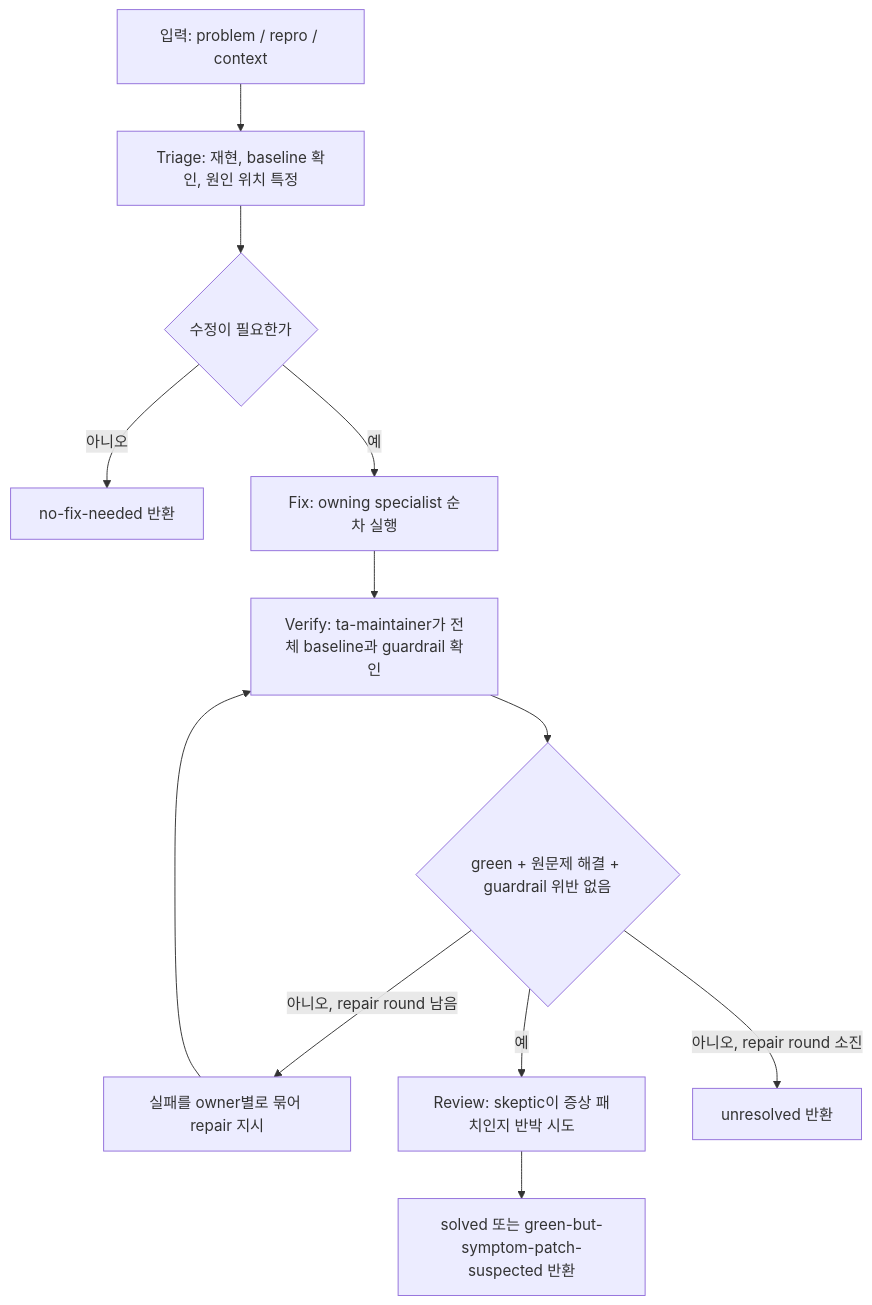
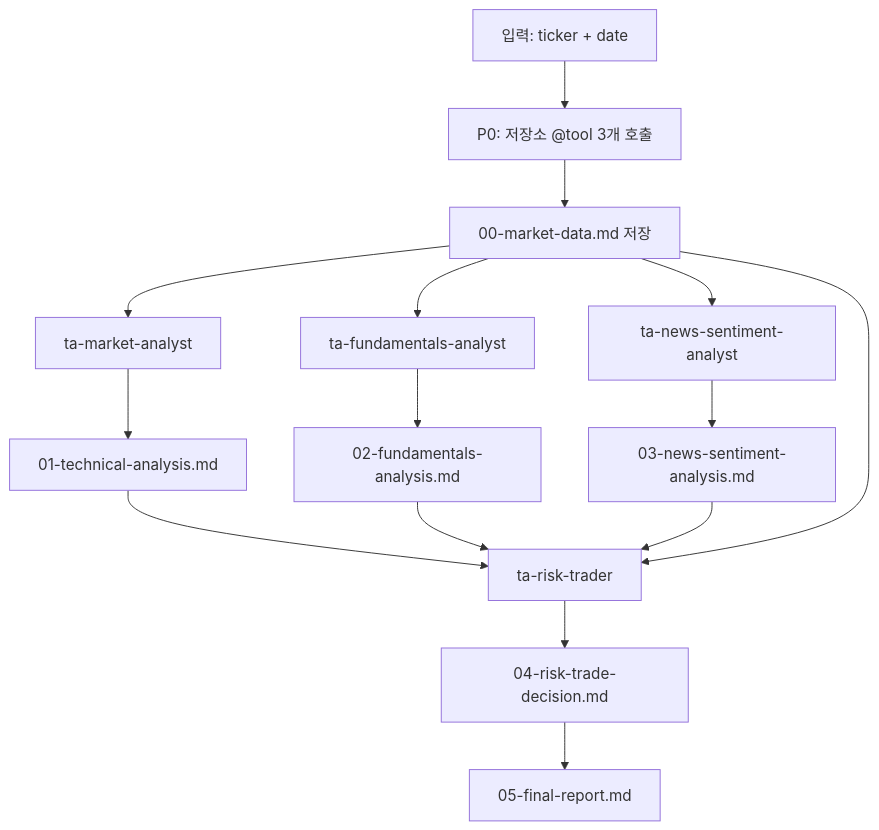
Before and after one commit to nfbs2000/speaky-TradingAgents: the diagram in book-ko/src/part5/ch13-claude-workflow.md, drawn with Mermaid. The commit also changed other lines of this file and 60 other files, not shown here.

````diff
--- a/book-ko/src/part5/ch13-claude-workflow.md
+++ b/book-ko/src/part5/ch13-claude-workflow.md
@@ -43,14 +16,17 @@
 ```mermaid
 flowchart TD
-    A["입력: problem / repro / context"] --> B["Triage: 재현, baseline 확인, 원인 위치 특정"]
-    B --> C{"수정이 필요한가"}
-    C -- "아니오" --> Z["no-fix-needed 반환"]
-    C -- "예" --> D["Fix: owning specialist 순차 실행"]
-    D --> E["Verify: ta-maintainer가 전체 baseline과 guardrail 확인"]
-    E --> F{"green + 원문제 해결 + guardrail 위반 없음"}
-    F -- "아니오, repair round 남음" --> G["실패를 owner별로 묶어 repair 지시"]
-    G --> E
-    F -- "예" --> H["Review: skeptic이 증상 패치인지 반박 시도"]
-    H --> I["solved 또는 green-but-symptom-patch-suspected 반환"]
-    F -- "아니오, repair round 소진" --> U["unresolved 반환"]
+    A["입력: ticker + date"] --> B["P0: 저장소 @tool 3개 호출"]
+    B --> C["00-market-data.md 저장"]
+    C --> D["ta-market-analyst"]
+    C --> E["ta-fundamentals-analyst"]
+    C --> F["ta-news-sentiment-analyst"]
+    D --> G["01-technical-analysis.md"]
+    E --> H["02-fundamentals-analysis.md"]
+    F --> I["03-news-sentiment-analysis.md"]
+    G --> J["ta-risk-trader"]
+    H --> J
+    I --> J
+    C --> J
+    J --> K["04-risk-trade-decision.md"]
+    K --> L["05-final-report.md"]
 ```
````
